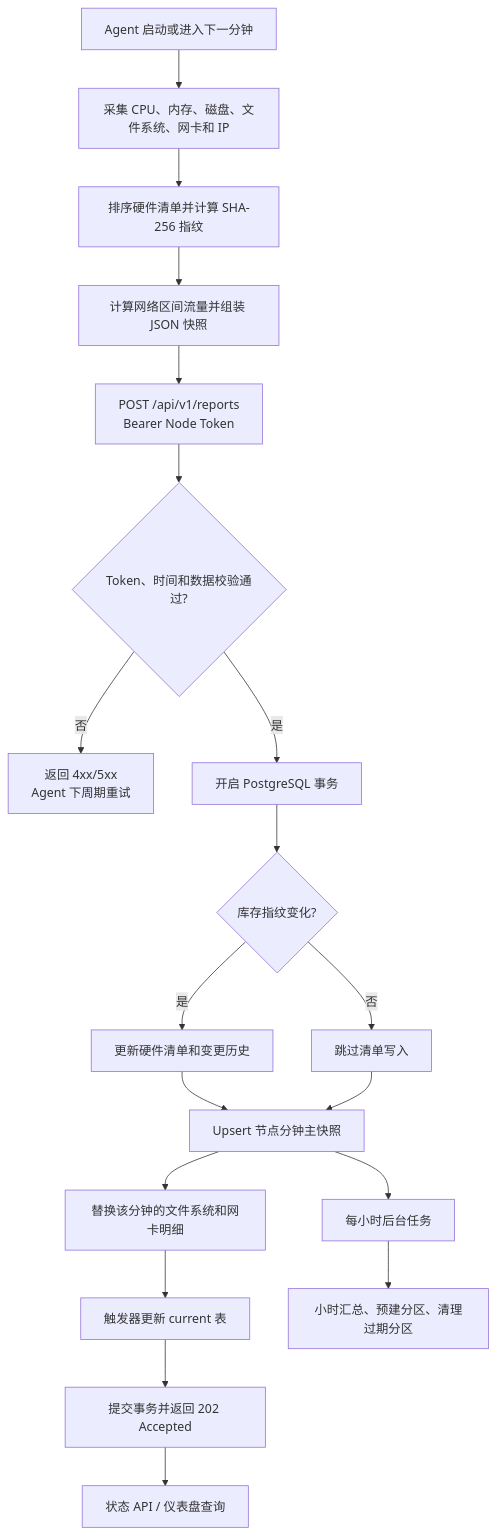
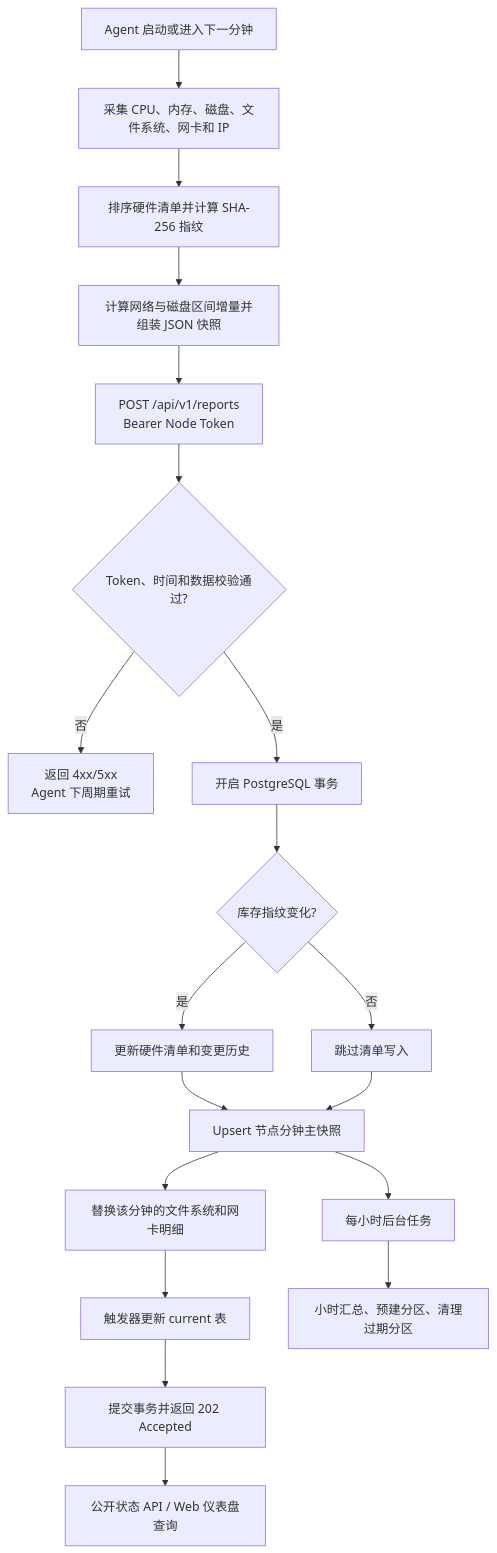
One commit to guohai163/server-status changed the diagram in README.md. Above: the diagram before and after it, drawn with Mermaid. The commit also changed other lines of this file and 21 other files, not shown here.

````diff
--- a/README.md
+++ b/README.md
@@ -53,21 +53,21 @@
 ```mermaid
 flowchart TD
     A["Agent 启动或进入下一分钟"] --> B["采集 CPU、内存、磁盘、文件系统、网卡和 IP"]
     B --> C["排序硬件清单并计算 SHA-256 指纹"]
-    C --> D["计算网络区间流量并组装 JSON 快照"]
+    C --> D["计算网络与磁盘区间增量并组装 JSON 快照"]
     D --> E["POST /api/v1/reports<br/>Bearer Node Token"]
     E --> F{"Token、时间和数据校验通过?"}
     F -- "否" --> G["返回 4xx/5xx<br/>Agent 下周期重试"]
     F -- "是" --> H["开启 PostgreSQL 事务"]
     H --> I{"库存指纹变化?"}
     I -- "是" --> J["更新硬件清单和变更历史"]
     I -- "否" --> K["跳过清单写入"]
     J --> L["Upsert 节点分钟主快照"]
     K --> L
     L --> M["替换该分钟的文件系统和网卡明细"]
     M --> N["触发器更新 current 表"]
     N --> O["提交事务并返回 202 Accepted"]
-    O --> P["状态 API / 仪表盘查询"]
+    O --> P["公开状态 API / Web 仪表盘查询"]
     Q["每小时后台任务"] --> R["小时汇总、预建分区、清理过期分区"]
     L --> Q
 ```
````
